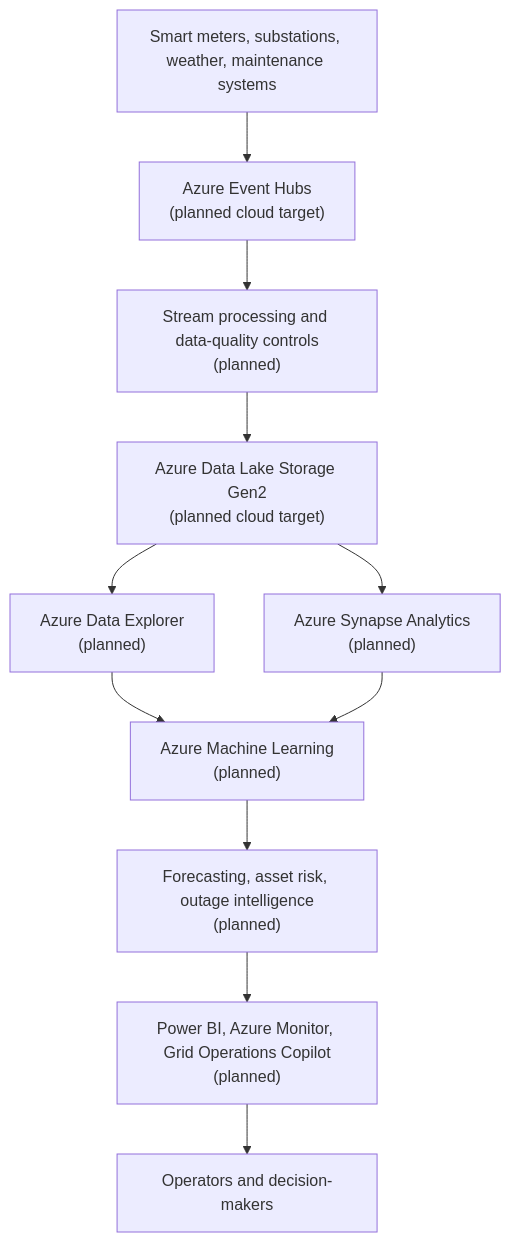
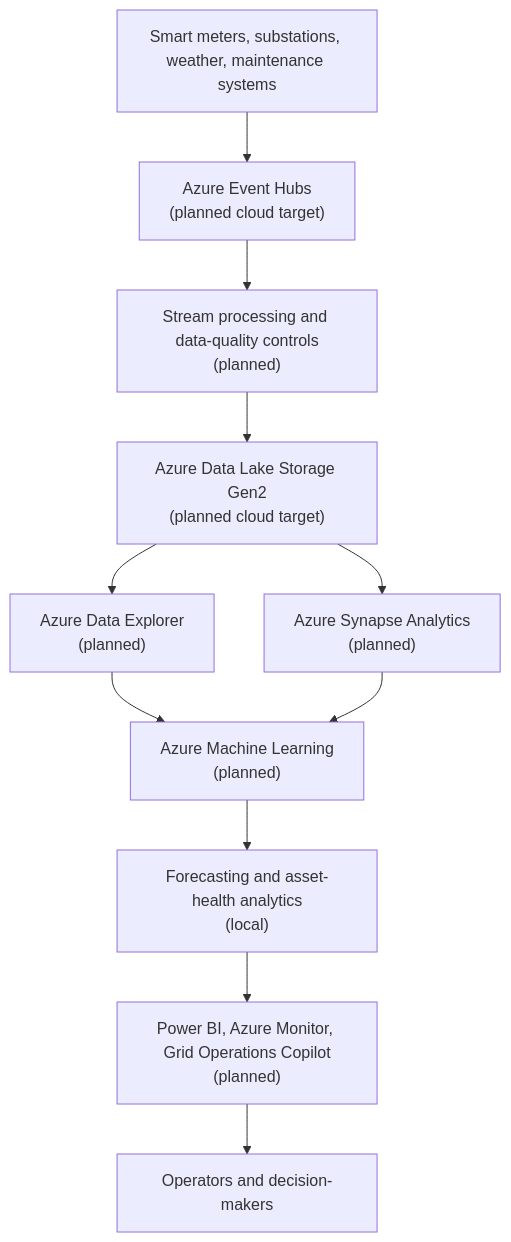
One commit to Ibraheemolasupogit/azure-grid-reliability-intelligence-platform changed the diagram in README.md. Above: the diagram before and after it, drawn with Mermaid. The commit also changed other lines of this file and 28 other files, not shown here.

Commit message:
Add explainable asset health analytics

````diff
--- a/README.md
+++ b/README.md
@@ -27,20 +27,20 @@
 ```mermaid
 flowchart TD
     sources["Smart meters, substations, weather, maintenance systems"]
     event_hubs["Azure Event Hubs<br/>(planned cloud target)"]
     stream["Stream processing and data-quality controls<br/>(planned)"]
     lake["Azure Data Lake Storage Gen2<br/>(planned cloud target)"]
     adx["Azure Data Explorer<br/>(planned)"]
     synapse["Azure Synapse Analytics<br/>(planned)"]
     aml["Azure Machine Learning<br/>(planned)"]
-    intelligence["Forecasting, asset risk, outage intelligence<br/>(planned)"]
+    intelligence["Forecasting and asset-health analytics<br/>(local)"]
     operations["Power BI, Azure Monitor, Grid Operations Copilot<br/>(planned)"]
     users["Operators and decision-makers"]
 
     sources --> event_hubs --> stream --> lake
     lake --> adx
     lake --> synapse
     adx --> aml
     synapse --> aml
     aml --> intelligence --> operations --> users
 ```
````
